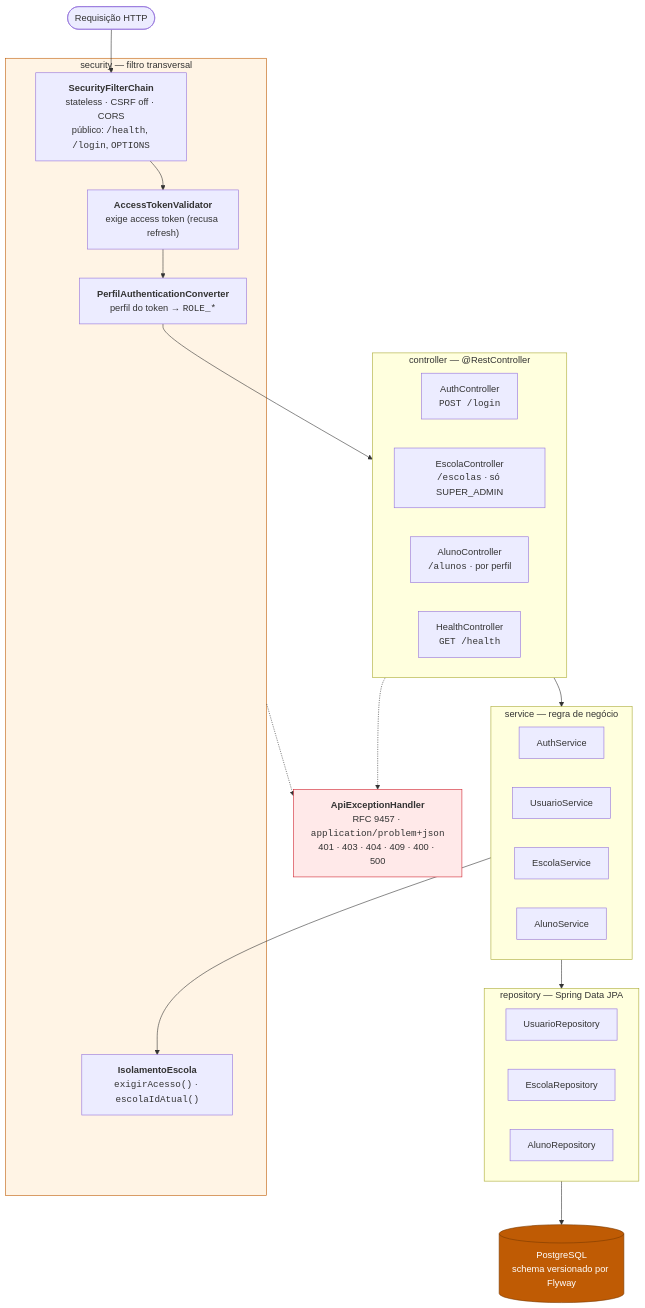
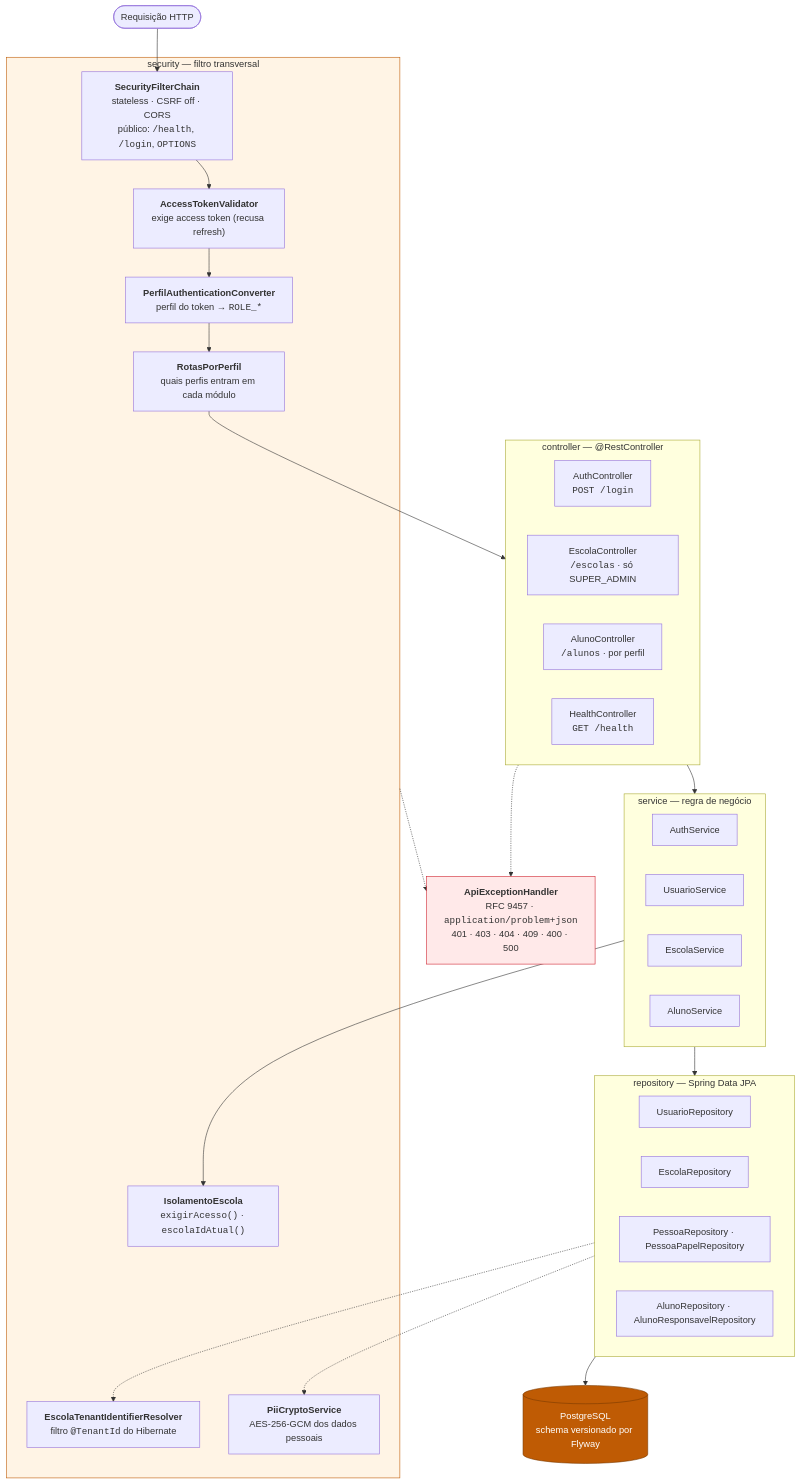
Before and after one commit to ICEI-PUC-Minas-PMGES-TI/pmg-es-2026-2-ti3-9577100-eduka: the fourth of 6 diagrams in Artefatos/arquitetura/arquitetura-da-solucao.md, drawn with Mermaid. The commit also changed other lines of this file and 6 other files, not shown here.

````diff
--- a/Artefatos/arquitetura/arquitetura-da-solucao.md
+++ b/Artefatos/arquitetura/arquitetura-da-solucao.md
@@ -140,45 +145,51 @@
 ```mermaid
 flowchart TB
     REQ(["Requisição HTTP"])
 
     subgraph sec["security — filtro transversal"]
         CHAIN["<b>SecurityFilterChain</b><br/>stateless · CSRF off · CORS<br/>público: <code>/health</code>, <code>/login</code>, <code>OPTIONS</code>"]
         VALID["<b>AccessTokenValidator</b><br/>exige access token (recusa refresh)"]
         CONV["<b>PerfilAuthenticationConverter</b><br/>perfil do token → <code>ROLE_*</code>"]
+        ROTAS["<b>RotasPorPerfil</b><br/>quais perfis entram em cada módulo"]
         ISO["<b>IsolamentoEscola</b><br/><code>exigirAcesso()</code> · <code>escolaIdAtual()</code>"]
+        TEN["<b>EscolaTenantIdentifierResolver</b><br/>filtro <code>@TenantId</code> do Hibernate"]
+        PII["<b>PiiCryptoService</b><br/>AES-256-GCM dos dados pessoais"]
     end
 
     subgraph ctrl["controller — @RestController"]
         AUTHC["AuthController<br/><code>POST /login</code>"]
         ESCC["EscolaController<br/><code>/escolas</code> · só SUPER_ADMIN"]
         ALUC["AlunoController<br/><code>/alunos</code> · por perfil"]
         HLTC["HealthController<br/><code>GET /health</code>"]
     end
 
     subgraph svc["service — regra de negócio"]
         AUTHS["AuthService"]
         USUS["UsuarioService"]
         ESCS["EscolaService"]
         ALUS["AlunoService"]
     end
 
     subgraph repo["repository — Spring Data JPA"]
         UR["UsuarioRepository"]
         ER["EscolaRepository"]
-        AR["AlunoRepository"]
+        PER["PessoaRepository · PessoaPapelRepository"]
+        AR["AlunoRepository · AlunoResponsavelRepository"]
     end
 
     DB[("PostgreSQL<br/>schema versionado por Flyway")]
     ERR["<b>ApiExceptionHandler</b><br/>RFC 9457 · <code>application/problem+json</code><br/>401 · 403 · 404 · 409 · 400 · 500"]
 
-    REQ --> CHAIN --> VALID --> CONV --> ctrl
+    REQ --> CHAIN --> VALID --> CONV --> ROTAS --> ctrl
     ctrl --> svc
     svc --> ISO
     svc --> repo --> DB
+    repo -.-> TEN
+    repo -.-> PII
     ctrl -.-> ERR
     sec -.-> ERR
 
     style sec fill:#fff4e5,stroke:#bf5b04
     style ERR fill:#ffe9e9,stroke:#cf222e
     style DB fill:#bf5b04,stroke:#7a3a00,color:#fff
 ```
````
